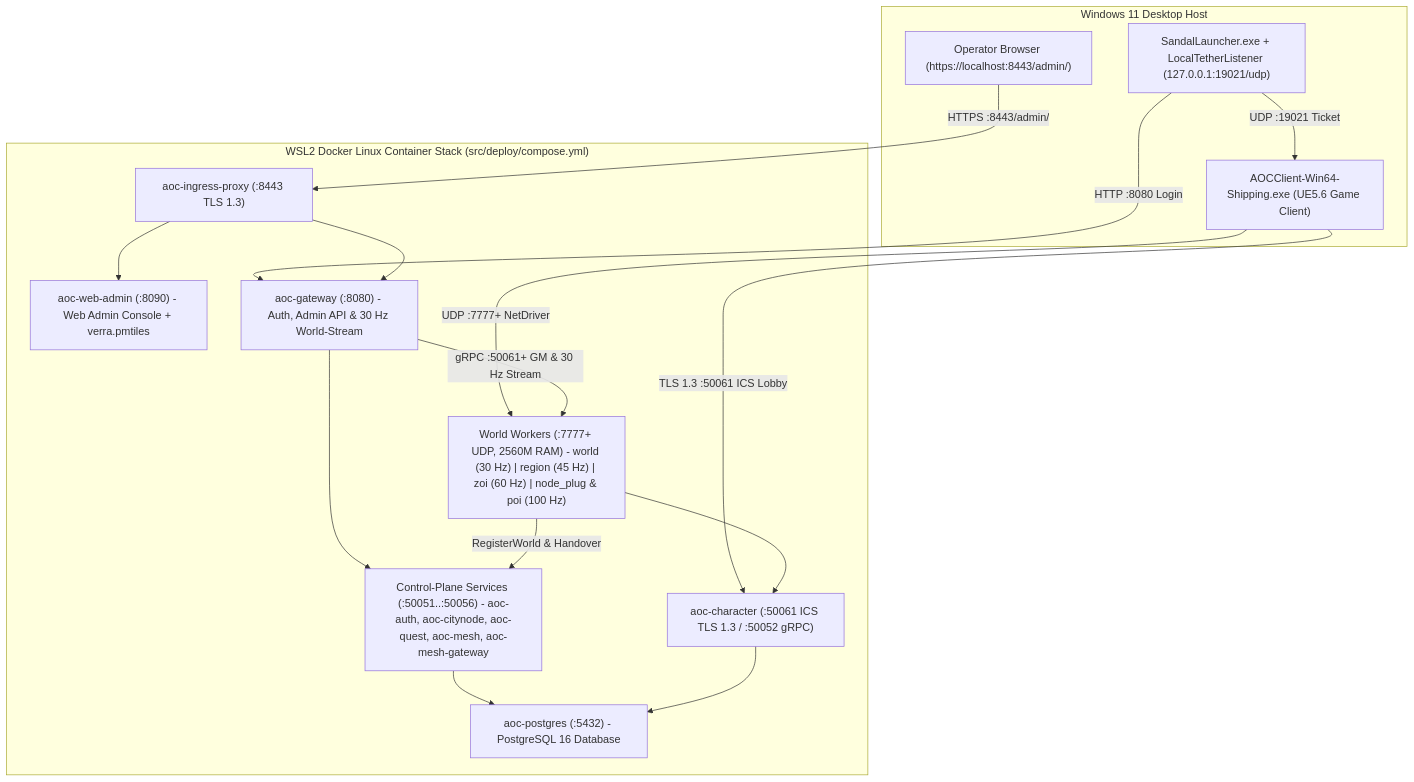
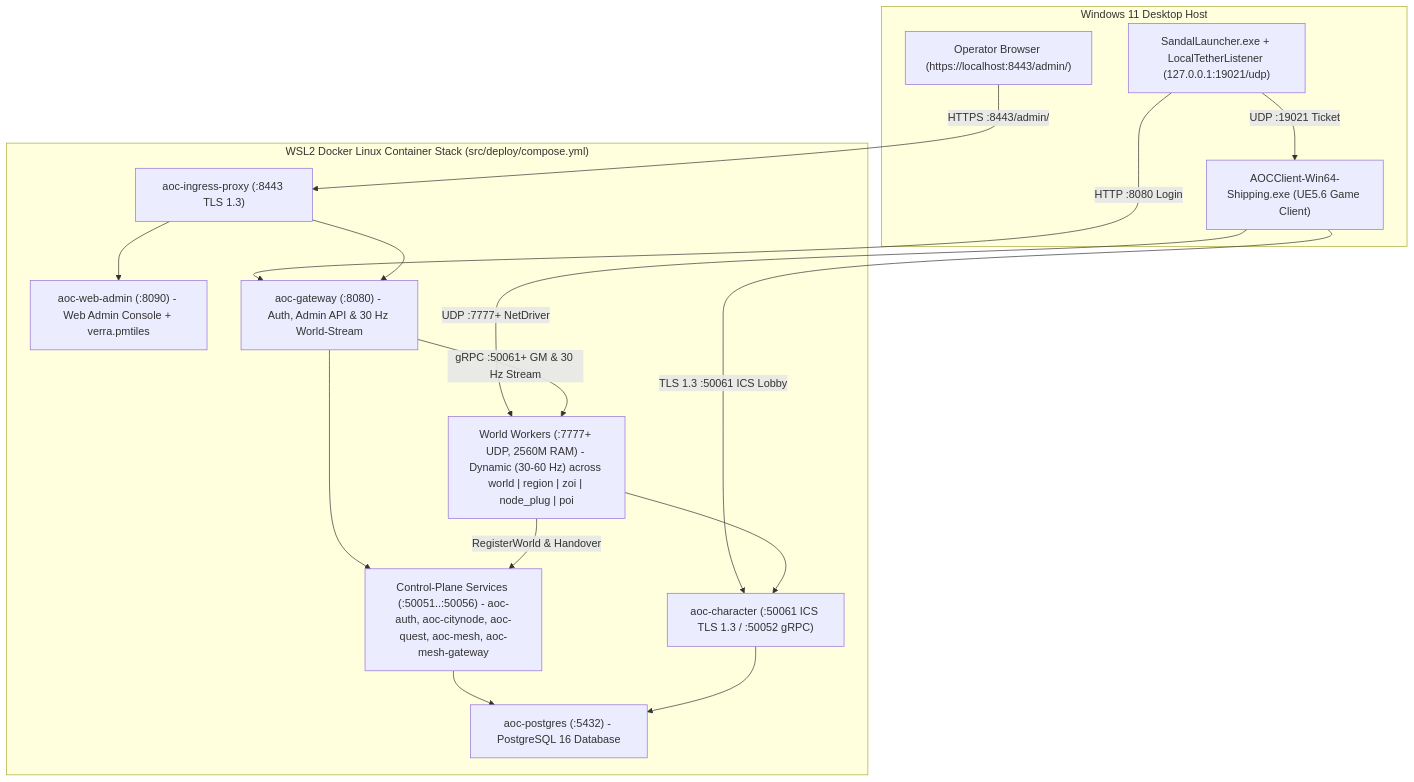
The second of 2 diagrams in README.md (debuggin/SandalCore), drawn with Mermaid before and after one commit. The commit also changed other lines of this file and 18 other files, not shown here.

````diff
--- a/README.md
+++ b/README.md
@@ -160,32 +160,32 @@
 ```mermaid
 flowchart TB
     subgraph WindowsHost["Windows 11 Desktop Host"]
         UE5["AOCClient-Win64-Shipping.exe (UE5.6 Game Client)"]
         Launcher["SandalLauncher.exe + LocalTetherListener (127.0.0.1:19021/udp)"]
         Browser["Operator Browser (https://localhost:8443/admin/)"]
     end
 
     subgraph LinuxContainers["WSL2 Docker Linux Container Stack (src/deploy/compose.yml)"]
         Ingress["aoc-ingress-proxy (:8443 TLS 1.3)"]
         WebAdmin["aoc-web-admin (:8090) - Web Admin Console + verra.pmtiles"]
         Gateway["aoc-gateway (:8080) - Auth, Admin API & 30 Hz World-Stream"]
         Character["aoc-character (:50061 ICS TLS 1.3 / :50052 gRPC)"]
         ControlPlane["Control-Plane Services (:50051..:50056) - aoc-auth, aoc-citynode, aoc-quest, aoc-mesh, aoc-mesh-gateway"]
-        Workers["World Workers (:7777+ UDP, 2560M RAM) - world (30 Hz) | region (45 Hz) | zoi (60 Hz) | node_plug & poi (100 Hz)"]
+        Workers["World Workers (:7777+ UDP, 2560M RAM) - Dynamic (30-60 Hz) across world | region | zoi | node_plug | poi"]
         Postgres["aoc-postgres (:5432) - PostgreSQL 16 Database"]
     end
 
     Launcher -->|"HTTP :8080 Login"| Gateway
     Launcher -->|"UDP :19021 Ticket"| UE5
     Browser -->|"HTTPS :8443/admin/"| Ingress
     Ingress --> WebAdmin
     Ingress --> Gateway
     UE5 -->|"TLS 1.3 :50061 ICS Lobby"| Character
     UE5 -->|"UDP :7777+ NetDriver"| Workers
     Gateway --> ControlPlane
     Gateway -->|"gRPC :50061+ GM & 30 Hz Stream"| Workers
     Workers -->|"RegisterWorld & Handover"| ControlPlane
     Workers --> Character
     ControlPlane --> Postgres
     Character --> Postgres
 ```
````
